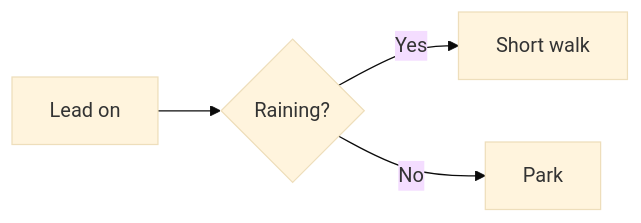
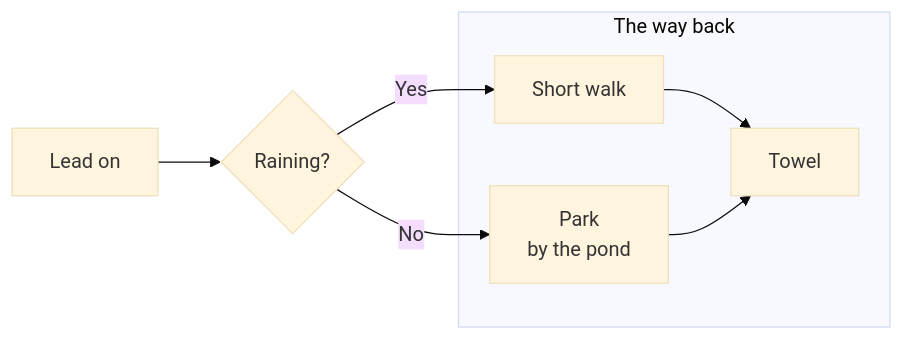
One commit to rgdevment/Tisty changed the first of 15 diagrams in app/src-tauri/resources/guide/en/sample.md. Above: the diagram before and after it, drawn with Mermaid (base theme). The commit also changed other lines of this file and 10 other files, not shown here.

````diff
--- a/app/src-tauri/resources/guide/en/sample.md
+++ b/app/src-tauri/resources/guide/en/sample.md
@@ -121,6 +500,10 @@
 ```mermaid
 flowchart LR
   A[Lead on] --> B{Raining?}
   B -- Yes --> C[Short walk]
-  B -- No --> D[Park]
+  B -- No --> D[Park<br/>by the pond]
+  subgraph back [The way back]
+    C --> E[Towel]
+    D --> E
+  end
 ```
````
